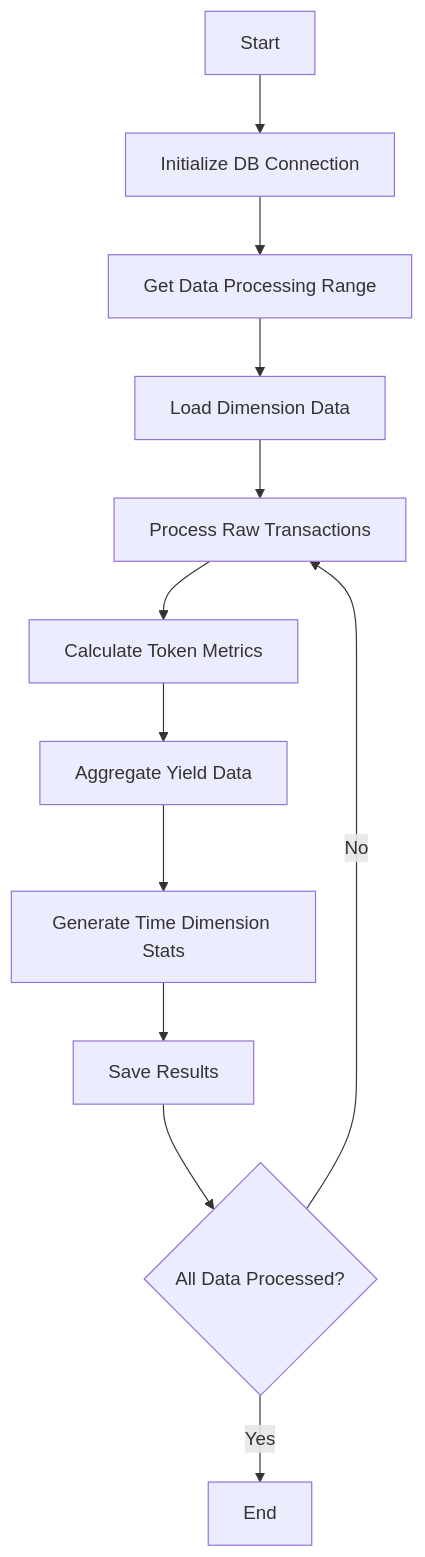
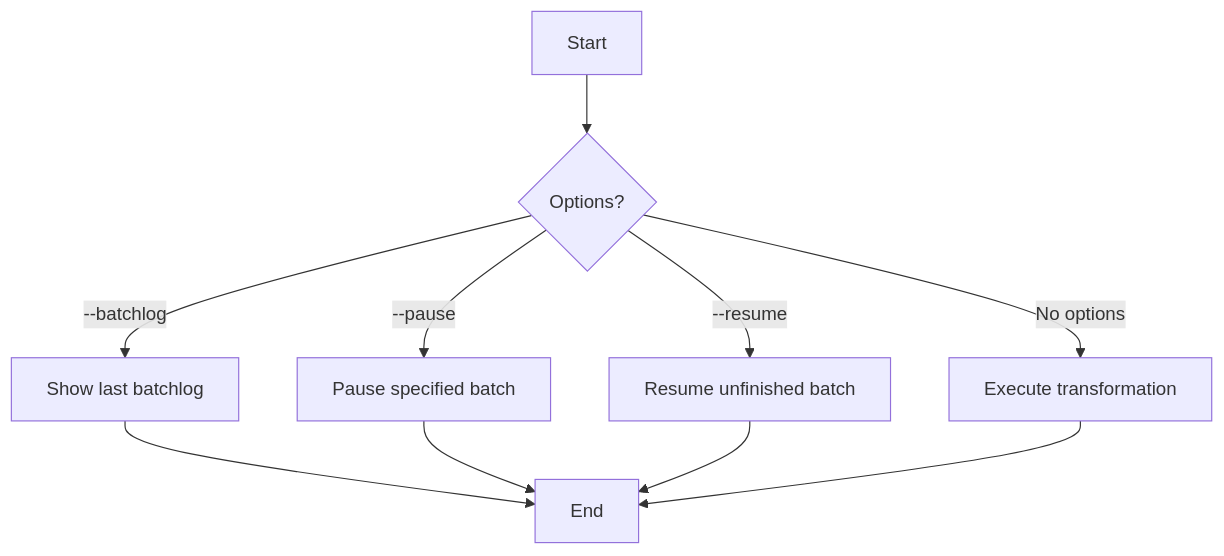
Before and after one commit to Query-Web3/queryweb3-extractor: the diagram in doc/en/transform_command.md, drawn with Mermaid. The commit also changed other lines of this file and 3 other files, not shown here.

````diff
--- a/doc/en/transform_command.md
+++ b/doc/en/transform_command.md
@@ -11,14 +10,12 @@
 ```mermaid
 graph TD
-    A[Start] --> B[Initialize DB Connection]
-    B --> C[Get Data Processing Range]
-    C --> D[Load Dimension Data]
-    D --> E[Process Raw Transactions]
-    E --> F[Calculate Token Metrics]
-    F --> G[Aggregate Yield Data]
-    G --> H[Generate Time Dimension Stats]
-    H --> I[Save Results]
-    I --> J{All Data Processed?}
-    J -->|No| E
-    J -->|Yes| K[End]
+    A[Start] --> B{Options?}
+    B -->|--batchlog| C[Show last batchlog]
+    B -->|--pause| D[Pause specified batch]
+    B -->|--resume| E[Resume unfinished batch]
+    B -->|No options| F[Execute transformation]
+    C --> G[End]
+    D --> G
+    E --> G
+    F --> G
 ```
````
